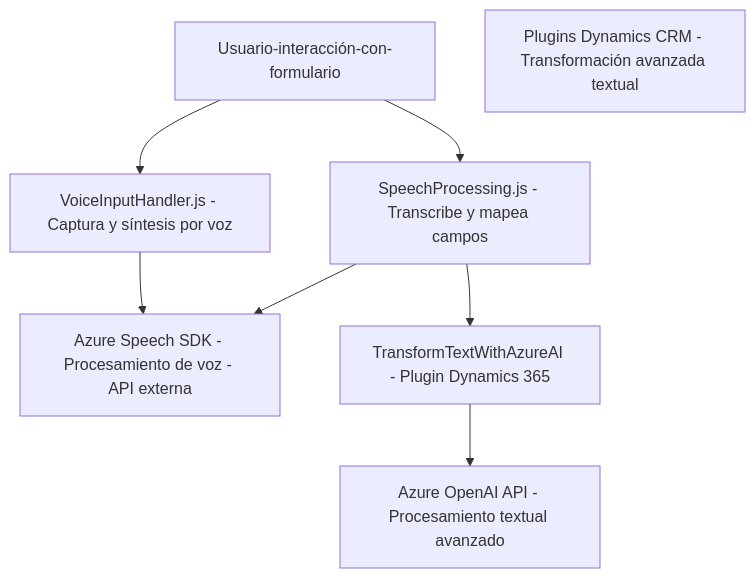
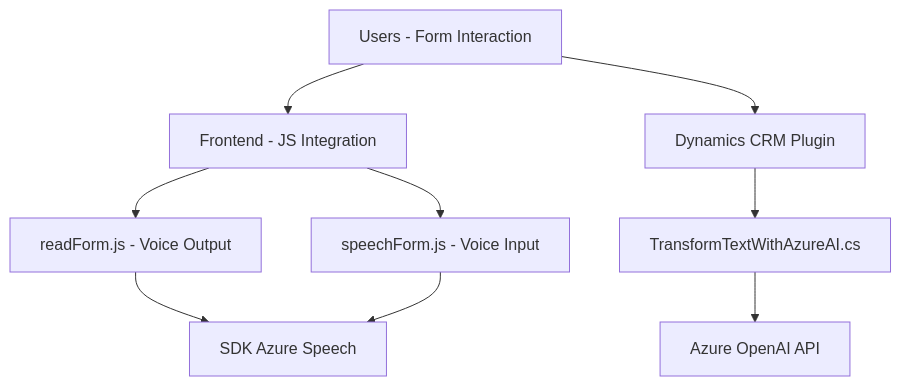
One commit to blopezdm/NETCORE_BILBAO2025 changed the diagram in README.md. Above: the diagram before and after it, drawn with Mermaid. The commit also changed other lines of this file, not shown here.

Commit message:
Actualizar análisis global de la solución con IA

````diff
--- a/README.md
+++ b/README.md
@@ -40,17 +40,20 @@
 ```mermaid
 graph TD
-    A["Usuario-interacción-con-formulario"]
-    B["VoiceInputHandler.js - Captura y síntesis por voz"]
-    C["SpeechProcessing.js - Transcribe y mapea campos"]
-    D["Azure Speech SDK - Procesamiento de voz - API externa"]
-    E["Plugins Dynamics CRM - Transformación avanzada textual"]
-    F["TransformTextWithAzureAI - Plugin Dynamics 365"]
-    G["Azure OpenAI API - Procesamiento textual avanzado"]
+    A["Frontend - JS Integration"]
+    B["readForm.js - Voice Output"]
+    C["speechForm.js - Voice Input"]
+    D["SDK Azure Speech"]
+    E["Dynamics CRM Plugin"]
+    F["TransformTextWithAzureAI.cs"]
+    G["Azure OpenAI API"]
+    H["Users - Form Interaction"]
 
     A --> B
+    A --> C
     B --> D
-    A --> C
     C --> D
-    C --> F
+    E --> F
     F --> G
+    H --> A
+    H --> E
 ```
````
